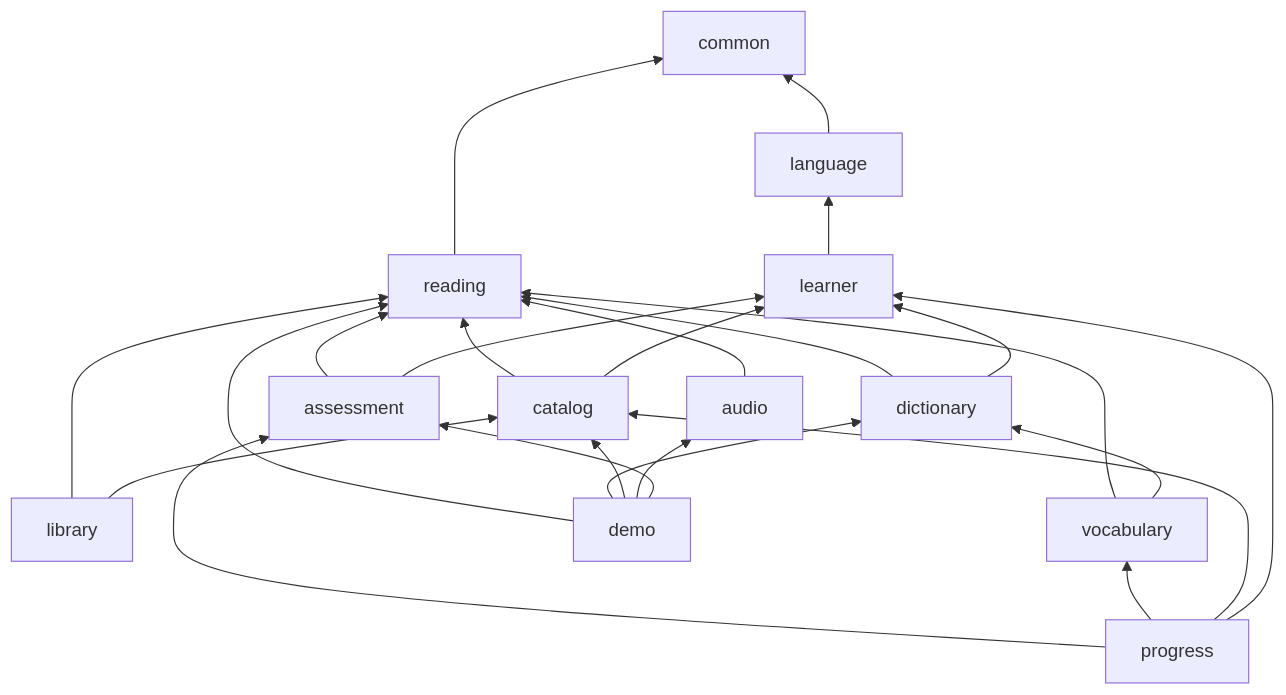
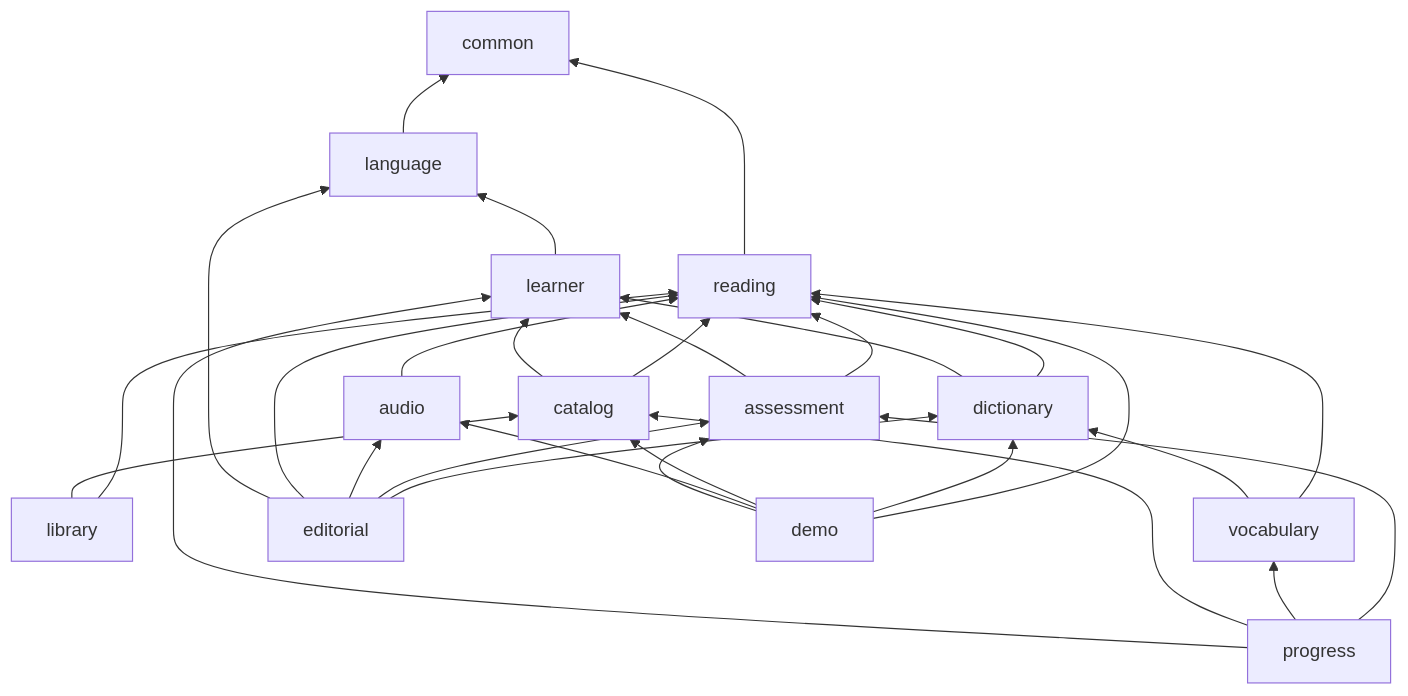
One commit to wasichai/lesen changed the second of 2 diagrams in docs/architecture/overview.md. Above: the diagram before and after it, drawn with Mermaid. The commit also changed other lines of this file and 37 other files, not shown here.

First line of the commit message:
feat(editorial): fase 6, estudio editorial con revisión, audio subido y operación (#5)

````diff
--- a/docs/architecture/overview.md
+++ b/docs/architecture/overview.md
@@ -44,15 +44,16 @@
 ```mermaid
 flowchart BT
   common
   language --> common
   learner --> language
   reading --> common
   catalog --> learner & reading
   dictionary --> learner & reading
   library --> catalog & reading
   vocabulary --> dictionary & reading
   audio --> reading
   assessment --> learner & reading
   progress --> learner & catalog & vocabulary & assessment
+  editorial --> language & reading & audio & assessment & dictionary
   demo --> assessment & audio & catalog & dictionary & reading
 ```
````
